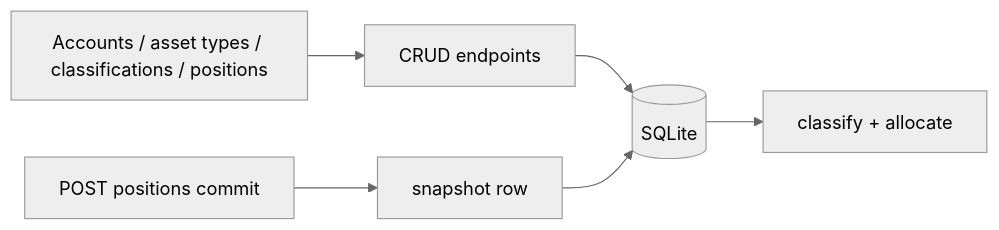
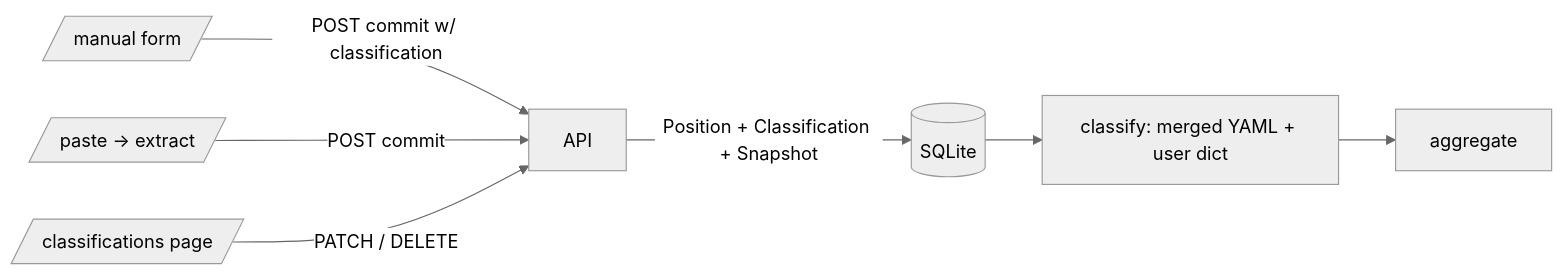
The diagram in docs/v0.1.5/execution_plan.md (contactstevenwarren/openportfolio), drawn with Mermaid (neutral theme) before and after one commit. The commit also changed other lines of this file and 20 other files, not shown here.

````diff
--- a/docs/v0.1.5/execution_plan.md
+++ b/docs/v0.1.5/execution_plan.md
@@ -25,8 +38,9 @@
 ```mermaid
 flowchart LR
-    UI[Accounts / asset types / classifications / positions] --> API[CRUD endpoints]
-    API --> DB[(SQLite)]
-    DB --> Class[classify + allocate]
-    Commit[POST positions commit] --> Snap[snapshot row]
-    Snap --> DB
+    ManualForm[/manual form/] -->|POST commit w/ classification| API
+    PasteFlow[/paste → extract/] -->|POST commit| API
+    API -->|Position + Classification + Snapshot| DB[(SQLite)]
+    ClassUI[/classifications page/] -->|PATCH / DELETE| API
+    DB --> Classify[classify: merged YAML + user dict]
+    Classify --> Agg[aggregate]
 ```
````
